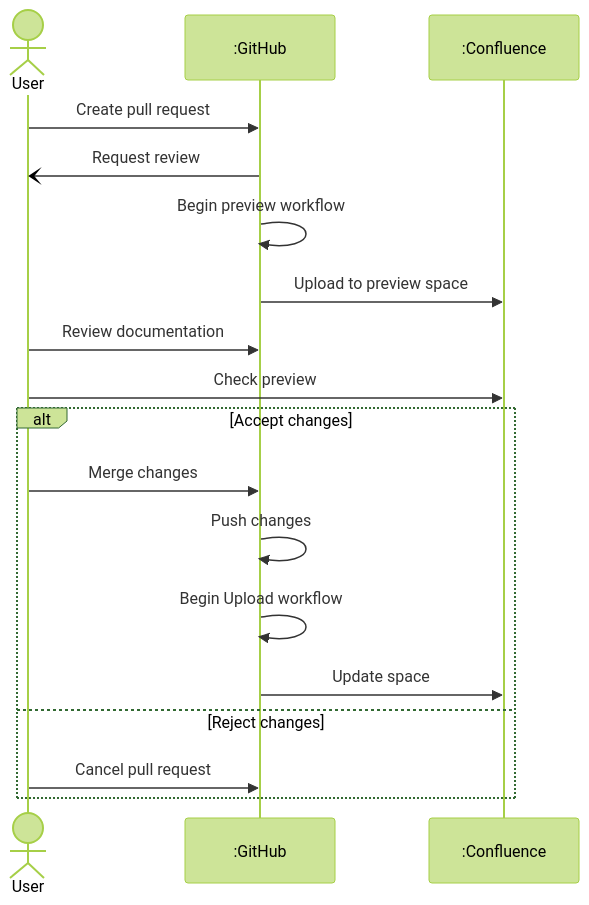
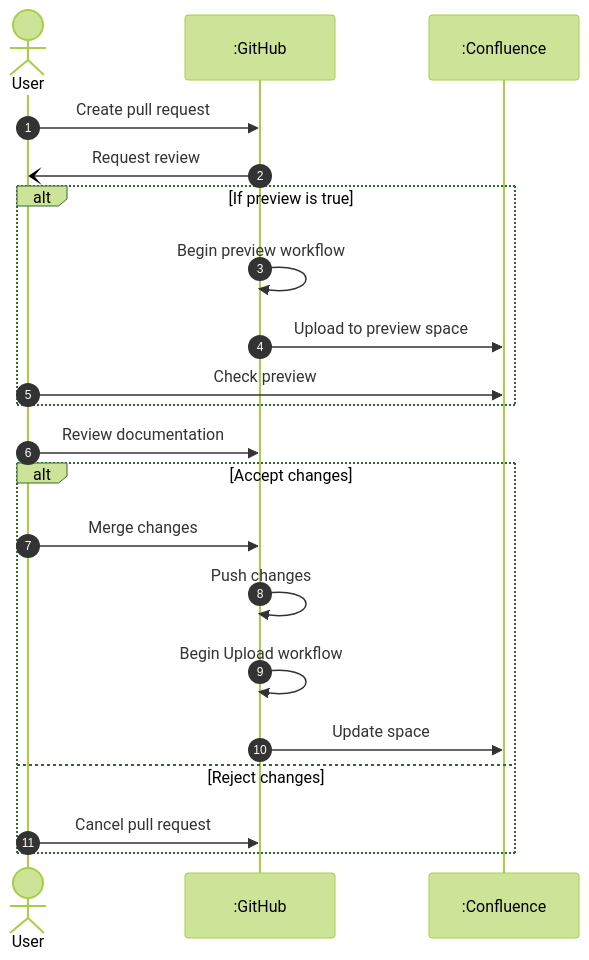
Before and after one commit to larse19/Bachelor-2022: the diagram in Design Diagrams/full pipeline.md, drawn with Mermaid (forest theme).

Commit message:
diagrams

````diff
--- a/Design Diagrams/full pipeline.md
+++ b/Design Diagrams/full pipeline.md
@@ -2,22 +2,25 @@
 ```mermaid
 sequenceDiagram
+autonumber
 actor user as User
 participant gh as :GitHub
 participant con as :Confluence
 
 user->>gh: Create pull request
 gh-)user: Request review
-gh->>gh: Begin preview workflow
-gh->>con: Upload to preview space
+alt If preview is true
+    gh->>gh: Begin preview workflow
+    gh->>con: Upload to preview space
+    user->>con: Check preview
+end
 user->>gh: Review documentation
-user->>con: Check preview
 alt Accept changes
     user->>gh: Merge changes
     gh->>gh: Push changes
     gh->>gh: Begin Upload workflow
     gh->>con: Update space
 else Reject changes
     user->>gh: Cancel pull request
 end
 
 ```
````
